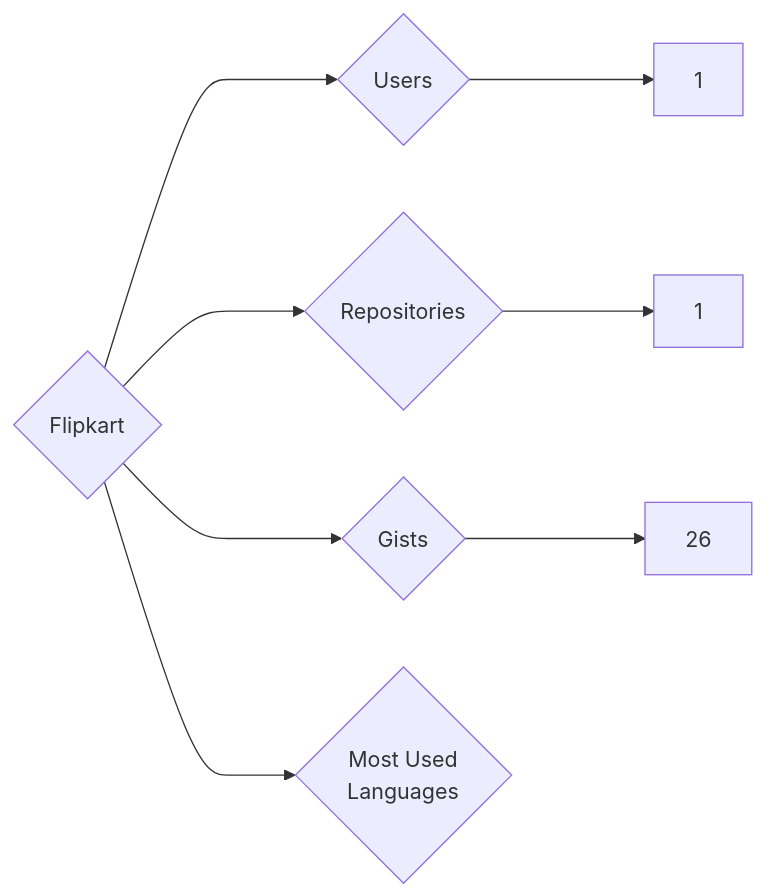
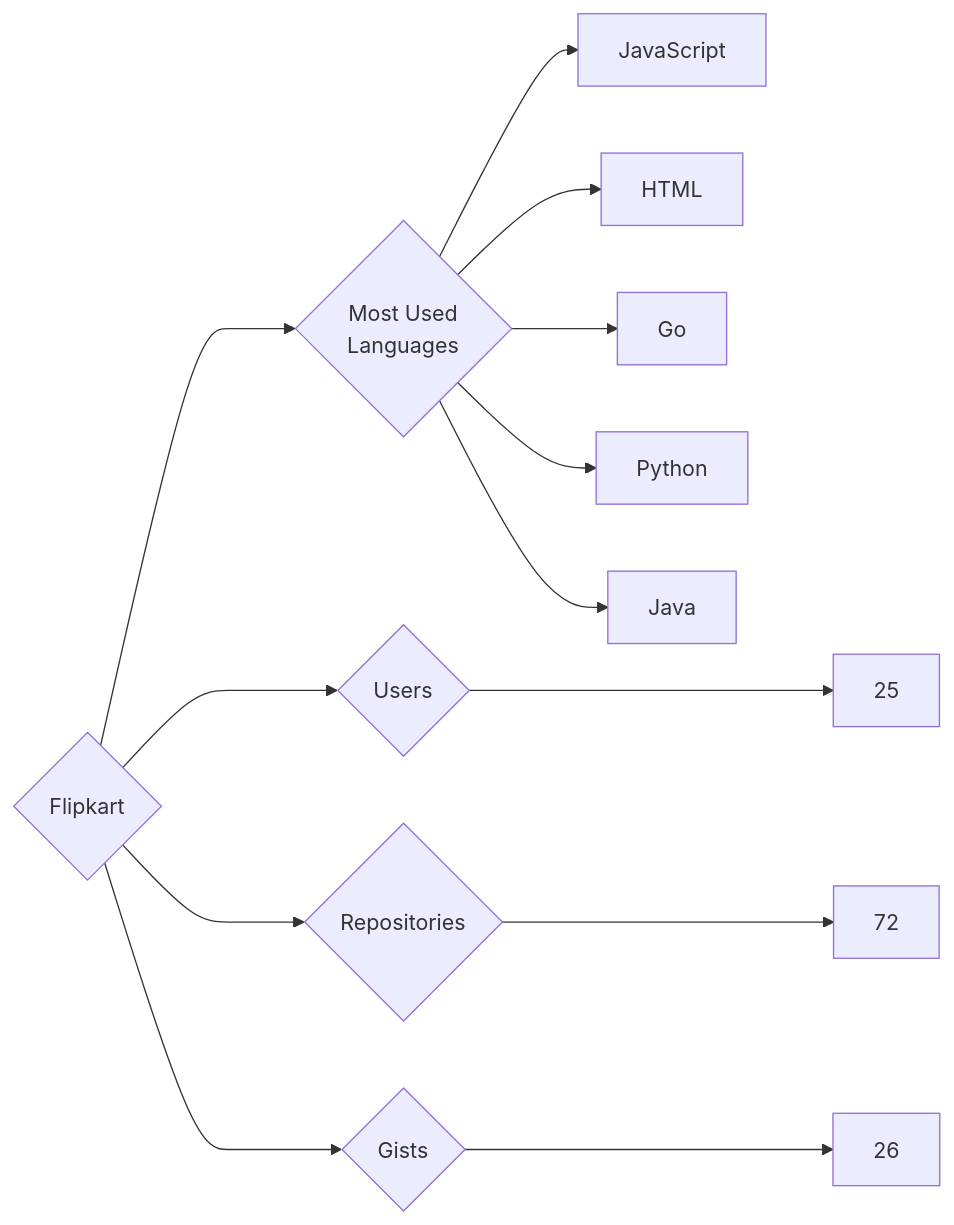
One commit to trickest/insiders changed the diagram in targets/Flipkart/README.md. Above: the diagram before and after it, drawn with Mermaid. The commit also changed 899 other files, not shown here.

````diff
--- a/targets/Flipkart/README.md
+++ b/targets/Flipkart/README.md
@@ -3,8 +3,13 @@
 ```mermaid
 graph LR
 COMPANY_NAME{Flipkart}
-COMPANY_NAME ---> U{Users} ---> UN[1]
-COMPANY_NAME ---> R{Repositories} ---> RN[1]
+COMPANY_NAME ---> U{Users} ---> UN[25]
+COMPANY_NAME ---> R{Repositories} ---> RN[72]
 COMPANY_NAME ---> G{Gists} ---> GN[26]
 COMPANY_NAME ---> ML{Most Used<br>Languages}
+ML --> JavaScript[JavaScript]
+ML --> HTML[HTML]
+ML --> Go[Go]
+ML --> Python[Python]
+ML --> Java[Java]
 ```
````
